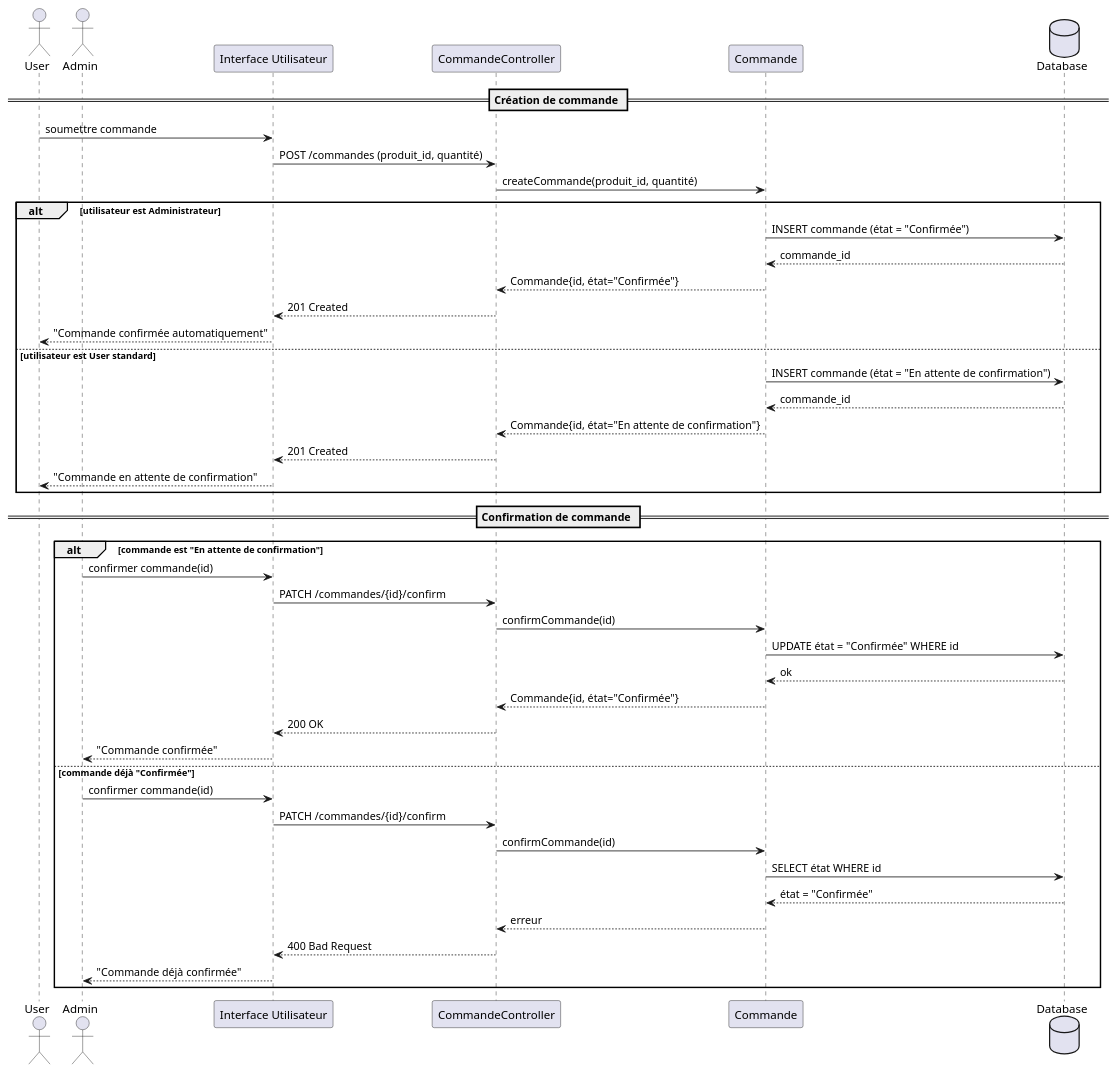
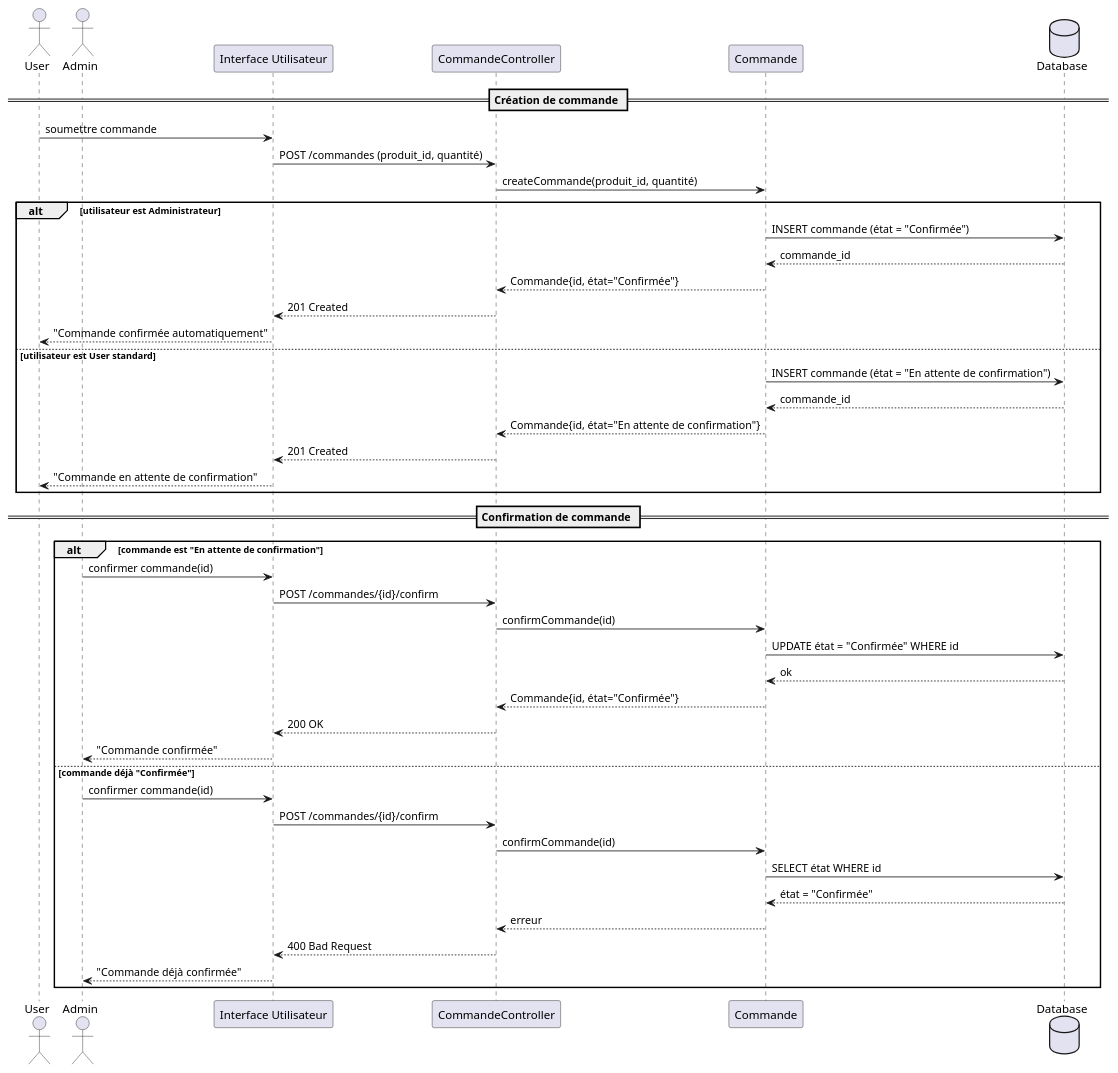
The diagram in Conception/commande_sequence.puml (ENSIAS-MEH/Projet-SAAS-Microshift-CI-CD), drawn with PlantUML before and after one commit.

```diff
--- a/Conception/commande_sequence.puml
+++ b/Conception/commande_sequence.puml
@@ -1,52 +1,52 @@
 @startuml
 actor User
 actor Admin
 participant "Interface Utilisateur" as UI
 participant "CommandeController" as CC
 participant "Commande" as C
 database "Database" as DB
 
 == Création de commande ==
 
 User -> UI : soumettre commande
 UI -> CC : POST /commandes (produit_id, quantité)
 CC -> C : createCommande(produit_id, quantité)
 
 alt utilisateur est Administrateur
     C -> DB : INSERT commande (état = "Confirmée")
     DB --> C : commande_id
     C --> CC : Commande{id, état="Confirmée"}
     CC --> UI : 201 Created
     UI --> User : "Commande confirmée automatiquement"
 
 else utilisateur est User standard
     C -> DB : INSERT commande (état = "En attente de confirmation")
     DB --> C : commande_id
     C --> CC : Commande{id, état="En attente de confirmation"}
     CC --> UI : 201 Created
     UI --> User : "Commande en attente de confirmation"
 end
 
 == Confirmation de commande ==
 
 alt commande est "En attente de confirmation"
     Admin -> UI : confirmer commande(id)
-    UI -> CC : PATCH /commandes/{id}/confirm
+    UI -> CC : POST /commandes/{id}/confirm
     CC -> C : confirmCommande(id)
     C -> DB : UPDATE état = "Confirmée" WHERE id
     DB --> C : ok
     C --> CC : Commande{id, état="Confirmée"}
     CC --> UI : 200 OK
     UI --> Admin : "Commande confirmée"
 
 else commande déjà "Confirmée"
     Admin -> UI : confirmer commande(id)
-    UI -> CC : PATCH /commandes/{id}/confirm
+    UI -> CC : POST /commandes/{id}/confirm
     CC -> C : confirmCommande(id)
     C -> DB : SELECT état WHERE id
     DB --> C : état = "Confirmée"
     C --> CC : erreur
     CC --> UI : 400 Bad Request
     UI --> Admin : "Commande déjà confirmée"
 end
 @enduml
```
